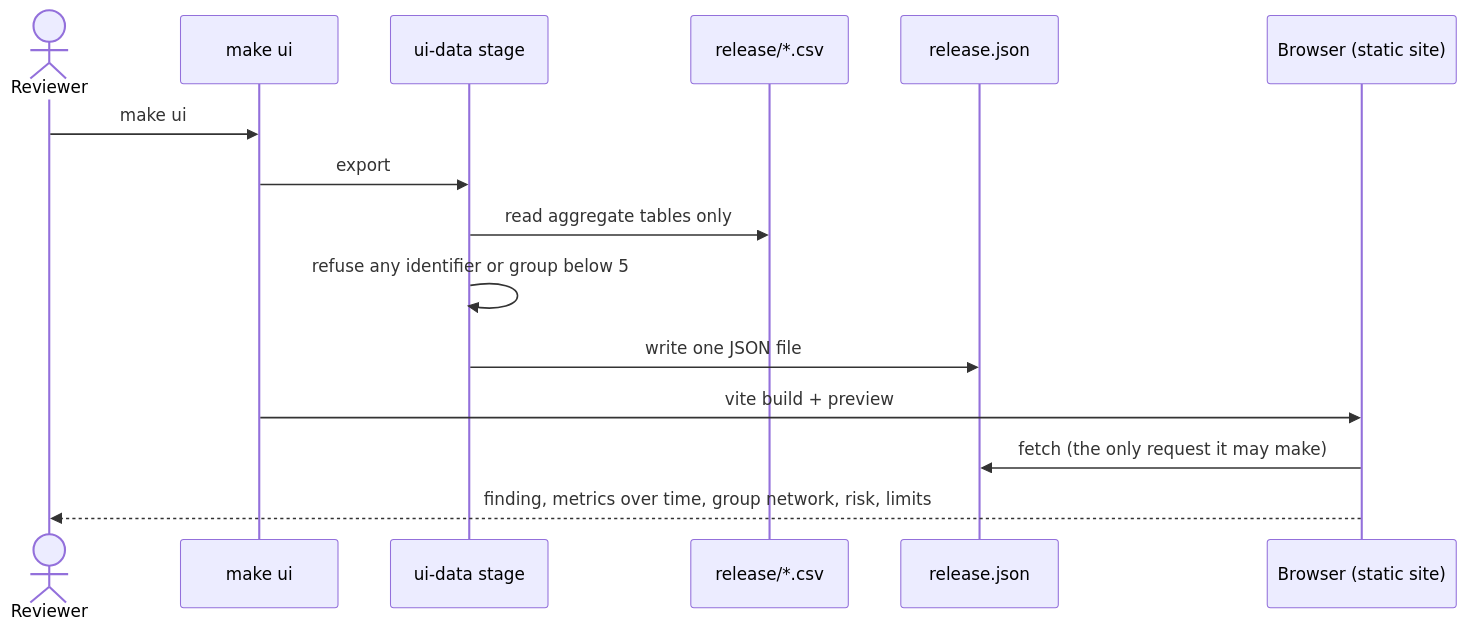
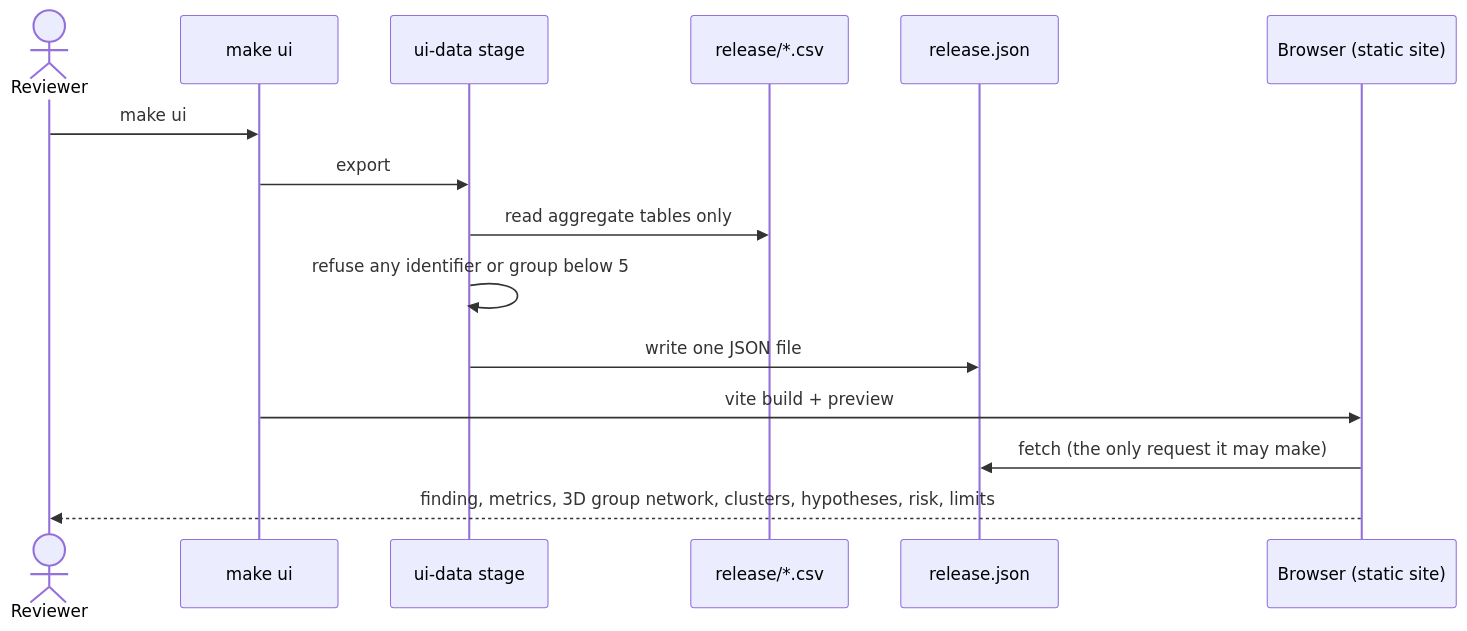
One commit to marcusvieira88/network-science changed the fourth of 8 diagrams in README.md. Above: the diagram before and after it, drawn with Mermaid. The commit also changed other lines of this file and 1 other file, not shown here.

Commit message:
Merge clusters view; README describes every UI view

````diff
--- a/README.md
+++ b/README.md
@@ -213,17 +213,17 @@
 ```mermaid
 sequenceDiagram
     actor U as Reviewer
     participant M as make ui
     participant X as ui-data stage
     participant R as release/*.csv
     participant J as release.json
     participant B as Browser (static site)
     U->>M: make ui
     M->>X: export
     X->>R: read aggregate tables only
     X->>X: refuse any identifier or group below 5
     X->>J: write one JSON file
     M->>B: vite build + preview
     B->>J: fetch (the only request it may make)
-    B-->>U: finding, metrics over time, group network, risk, limits
+    B-->>U: finding, metrics, 3D group network, clusters, hypotheses, risk, limits
 ```
````
